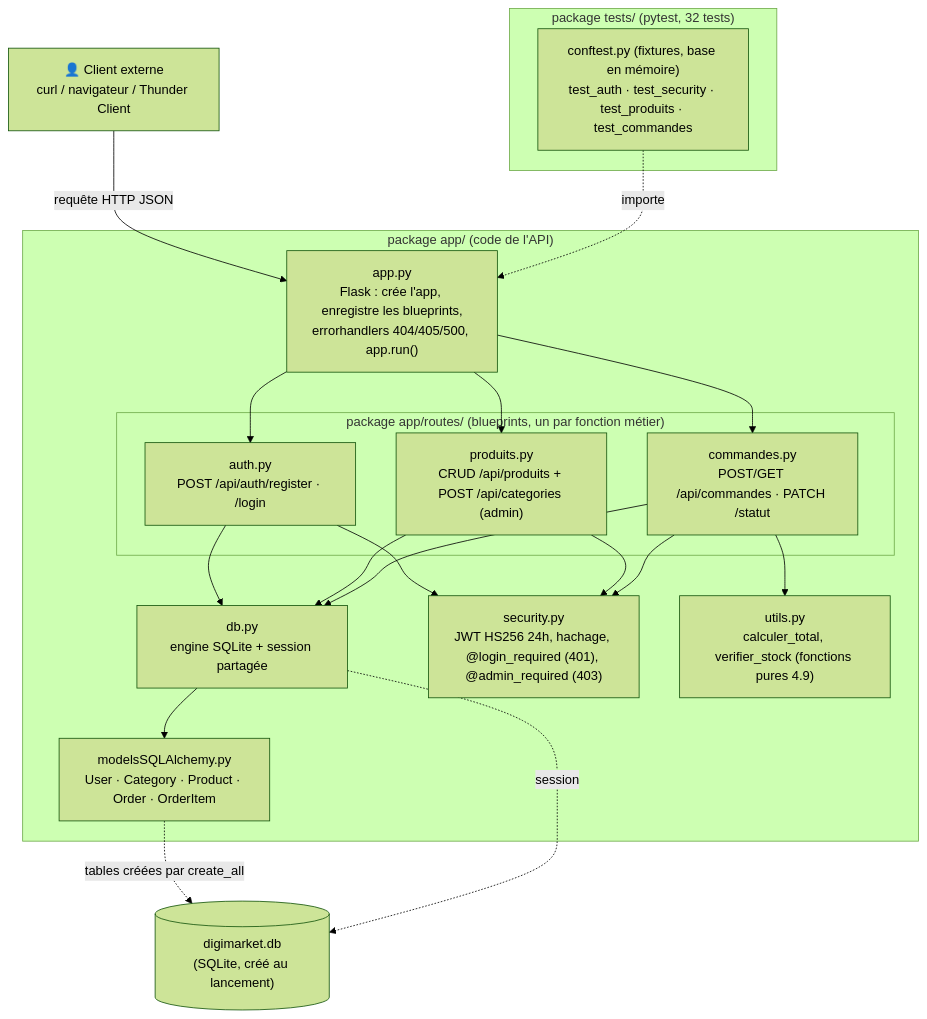
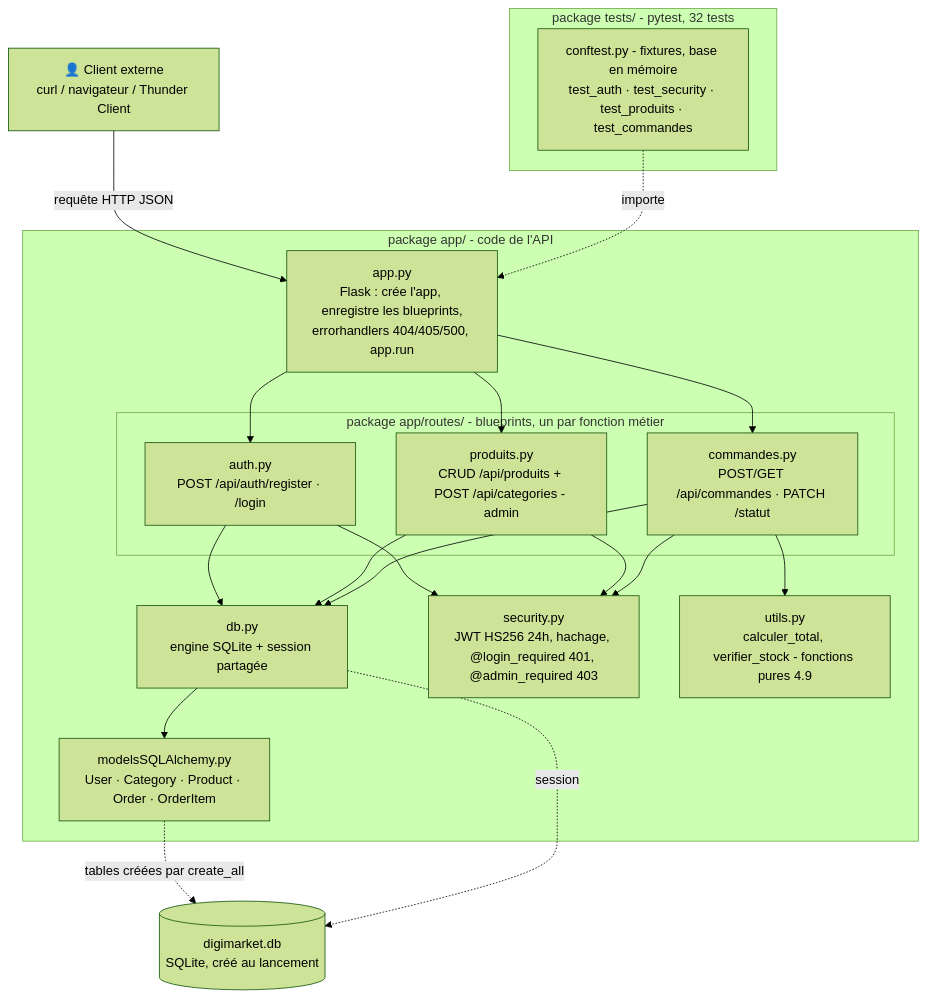
Before and after one commit to ericlacombe/mon-projet-handson-python: the third of 8 diagrams in docs/uml-projet.md, drawn with Mermaid (forest theme). The commit also changed other lines of this file, not shown here.

Commit message:
docs(uml-projet.md) : supprime toutes les parenthèses des étiquettes Mermaid (flowchart/séquence/états) pour un rendu GitHub garanti

````diff
--- a/docs/uml-projet.md
+++ b/docs/uml-projet.md
@@ -136,34 +136,34 @@
 ```mermaid
 %% LÉGENDE : subgraph = package UML (dossier) · flèche pleine = dépendance (import/appel) · en pointillés = données persistées
 flowchart TB
     CLIENT["👤 Client externe<br/>curl / navigateur / Thunder Client"]
 
-    subgraph PKG_APP["package app/ (code de l'API)"]
-        APP["app.py<br/>Flask : crée l'app, enregistre les blueprints,<br/>errorhandlers 404/405/500, app.run()"]
+    subgraph PKG_APP["package app/ - code de l'API"]
+        APP["app.py<br/>Flask : crée l'app, enregistre les blueprints,<br/>errorhandlers 404/405/500, app.run"]
         DB["db.py<br/>engine SQLite + session partagée"]
-        SEC["security.py<br/>JWT HS256 24h, hachage, @login_required (401), @admin_required (403)"]
+        SEC["security.py<br/>JWT HS256 24h, hachage, @login_required 401, @admin_required 403"]
         MODELS["modelsSQLAlchemy.py<br/>User · Category · Product · Order · OrderItem"]
-        UTILS["utils.py<br/>calculer_total, verifier_stock (fonctions pures 4.9)"]
-        subgraph PKG_ROUTES["package app/routes/ (blueprints, un par fonction métier)"]
+        UTILS["utils.py<br/>calculer_total, verifier_stock - fonctions pures 4.9"]
+        subgraph PKG_ROUTES["package app/routes/ - blueprints, un par fonction métier"]
             RAUTH["auth.py<br/>POST /api/auth/register · /login"]
-            RPROD["produits.py<br/>CRUD /api/produits + POST /api/categories (admin)"]
+            RPROD["produits.py<br/>CRUD /api/produits + POST /api/categories - admin"]
             RCMD["commandes.py<br/>POST/GET /api/commandes · PATCH /statut"]
         end
     end
 
-    subgraph PKG_TESTS["package tests/ (pytest, 32 tests)"]
-        TESTS["conftest.py (fixtures, base en mémoire)<br/>test_auth · test_security · test_produits · test_commandes"]
+    subgraph PKG_TESTS["package tests/ - pytest, 32 tests"]
+        TESTS["conftest.py - fixtures, base en mémoire<br/>test_auth · test_security · test_produits · test_commandes"]
     end
 
-    DBFILE[("digimarket.db<br/>(SQLite, créé au lancement)")]
+    DBFILE[("digimarket.db<br/>SQLite, créé au lancement")]
 
     CLIENT -->|requête HTTP JSON| APP
     APP --> RAUTH & RPROD & RCMD
     RAUTH & RPROD & RCMD --> SEC
     RAUTH & RPROD & RCMD --> DB
     DB --> MODELS
     RCMD --> UTILS
     MODELS -.->|tables créées par create_all| DBFILE
     DB -.->|session| DBFILE
     TESTS -.->|importe| APP
 ```
````
